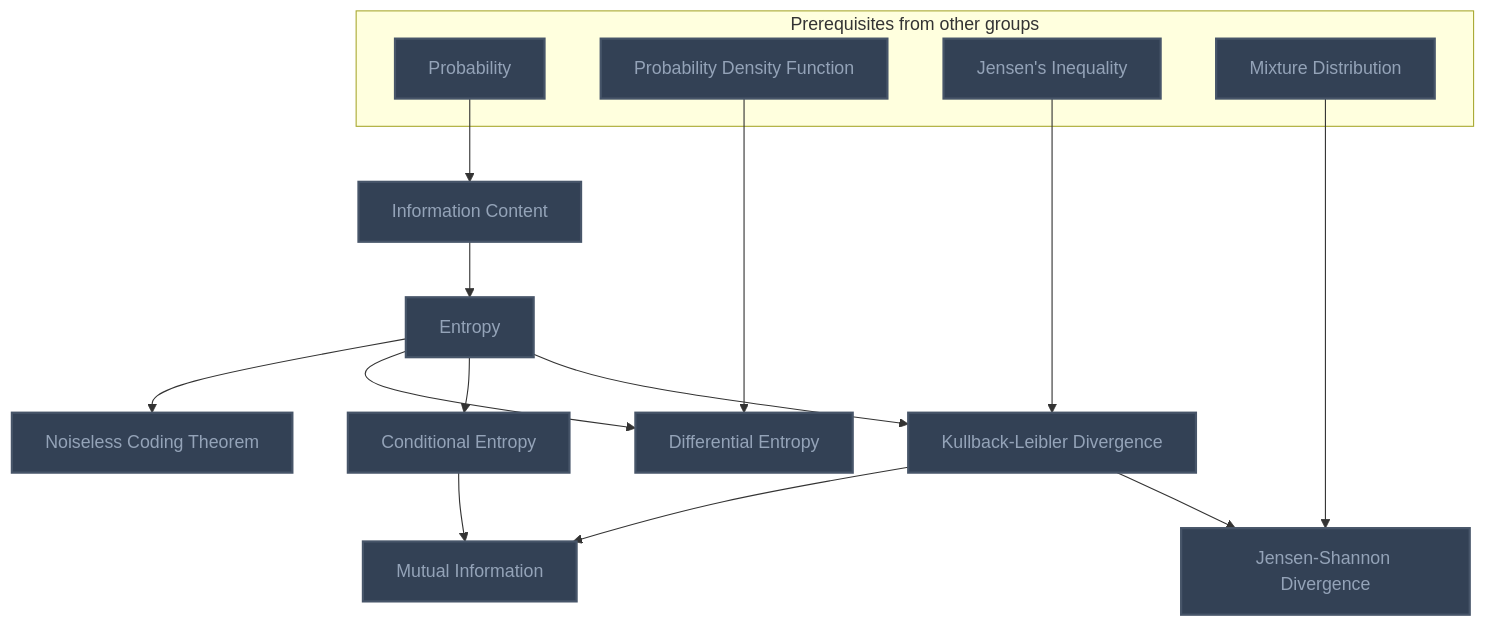
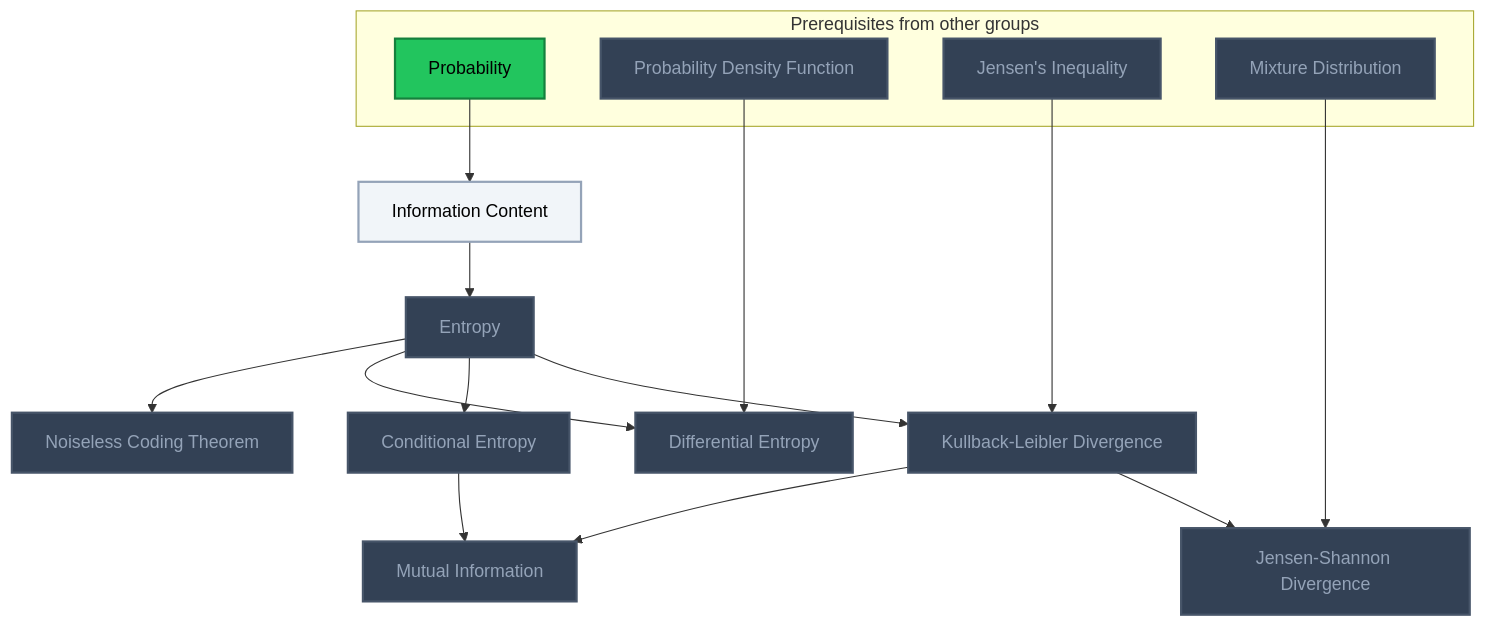
Before and after one commit to MRauf1/My-Notes: the fifth of 9 diagrams in Gamification/Skill Trees/Machine Learning.md, drawn with Mermaid. The commit also changed other lines of this file and 42 other files, not shown here.

````diff
--- a/Gamification/Skill Trees/Machine Learning.md
+++ b/Gamification/Skill Trees/Machine Learning.md
@@ -204,40 +206,42 @@
 ```mermaid
 flowchart TD
     classDef planned fill:#1E293B,stroke:#64748B,stroke-width:2px,stroke-dasharray:5 5,color:#94A3B8;
     classDef locked fill:#334155,stroke:#475569,stroke-width:2px,color:#94A3B8;
     classDef L0 fill:#F1F5F9,stroke:#94A3B8,stroke-width:2px,color:#000000;
     classDef L1 fill:#22C55E,stroke:#15803D,stroke-width:2px,color:#000000;
     classDef L2 fill:#3B82F6,stroke:#1D4ED8,stroke-width:3px,color:#FFFFFF;
     classDef L3 fill:#A855F7,stroke:#6B21A8,stroke-width:3px,color:#FFFFFF,font-weight:bold;
     classDef L4 fill:#F97316,stroke:#C2410C,stroke-width:4px,color:#000000,font-weight:bold;
     classDef L5 fill:#FFD700,stroke:#FF8C00,stroke-width:5px,color:#000000,font-weight:bold;
     classDef rusty stroke:#8B4513,stroke-width:4px,stroke-dasharray:3 3;
     subgraph sg_prereqs["Prerequisites from other groups"]
         n_probability["Probability"]
         n_probability_density_function["Probability Density Function"]
         n_jensen_s_inequality["Jensen's Inequality"]
         n_mixture_distribution["Mixture Distribution"]
     end
     n_information_content["Information Content"]
     n_entropy["Entropy"]
     n_noiseless_coding_theorem["Noiseless Coding Theorem"]
     n_differential_entropy["Differential Entropy"]
     n_conditional_entropy["Conditional Entropy"]
     n_kullback_leibler_divergence["Kullback-Leibler Divergence"]
     n_mutual_information["Mutual Information"]
     n_jensen_shannon_divergence["Jensen-Shannon Divergence"]
     n_probability --> n_information_content
     n_information_content --> n_entropy
     n_entropy --> n_noiseless_coding_theorem
     n_entropy --> n_differential_entropy
     n_probability_density_function --> n_differential_entropy
     n_entropy --> n_conditional_entropy
     n_entropy --> n_kullback_leibler_divergence
     n_jensen_s_inequality --> n_kullback_leibler_divergence
     n_kullback_leibler_divergence --> n_mutual_information
     n_conditional_entropy --> n_mutual_information
     n_kullback_leibler_divergence --> n_jensen_shannon_divergence
     n_mixture_distribution --> n_jensen_shannon_divergence
-    class n_probability,n_probability_density_function,n_jensen_s_inequality,n_mixture_distribution,n_information_content,n_entropy,n_noiseless_coding_theorem,n_differential_entropy,n_conditional_entropy,n_kullback_leibler_divergence,n_mutual_information,n_jensen_shannon_divergence locked;
+    class n_probability_density_function,n_jensen_s_inequality,n_mixture_distribution,n_entropy,n_noiseless_coding_theorem,n_differential_entropy,n_conditional_entropy,n_kullback_leibler_divergence,n_mutual_information,n_jensen_shannon_divergence locked;
+    class n_information_content L0;
+    class n_probability L1;
     class n_probability,n_probability_density_function,n_jensen_s_inequality,n_mixture_distribution,n_information_content,n_entropy,n_noiseless_coding_theorem,n_differential_entropy,n_conditional_entropy,n_kullback_leibler_divergence,n_mutual_information,n_jensen_shannon_divergence internal-link;
 ```
````
